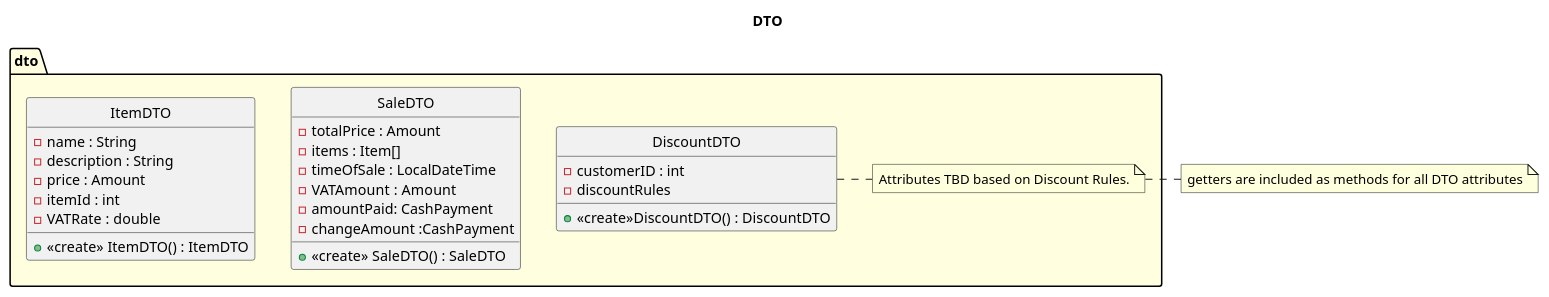
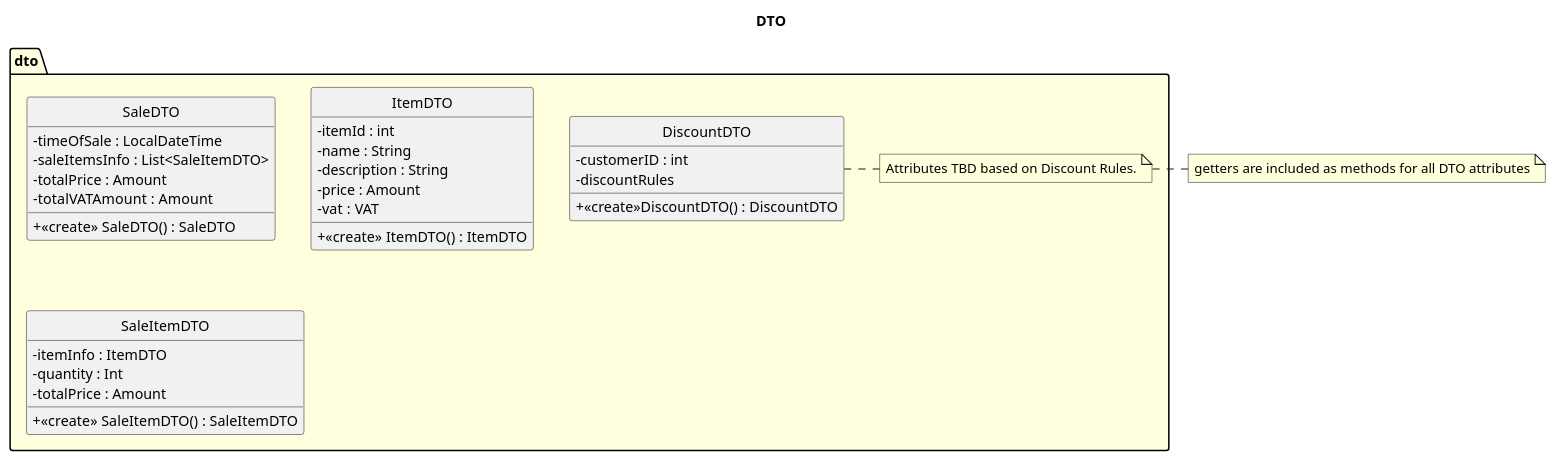
The second of 8 diagrams in uml/uml_v3.puml (VincentFerrigan/kth-iv1350-object-oriented-design), drawn with PlantUML before and after one commit.

Commit message:
Updating DTOs

```diff
--- a/uml/uml_v3.puml
+++ b/uml/uml_v3.puml
@@ -132,37 +132,42 @@
 @startuml
 title DTO
+' //TODO Ska vi ha en customerDTO och customerDb?
 hide circle
+skinparam ClassAttributeIconSize 0
 skinparam linetype ortho
 skinparam package {
     BackgroundColor LightYellow
 }
     package dto {
         class SaleDTO{
-            -totalPrice : Amount
-            -items : Item[]
-            -timeOfSale : LocalDateTime
-            -VATAmount : Amount
-            ' Ska dessa finnas med och i sånnafall vilken datatyp?
-            -amountPaid: CashPayment
-            -changeAmount :CashPayment
-            +<<create>> SaleDTO() : SaleDTO
+            - timeOfSale : LocalDateTime
+            - saleItemsInfo : List<SaleItemDTO>
+            - totalPrice : Amount
+            - totalVATAmount : Amount
+            + <<create>> SaleDTO() : SaleDTO
         }
         class ItemDTO{
-            -name : String
-            -description : String
-            -price : Amount
-            -itemId : int
-            -VATRate : double
+            - itemId : int
+            - name : String
+            - description : String
+            - price : Amount
+            - vat : VAT
             +<<create>> ItemDTO() : ItemDTO
         }
+        class SaleItemDTO{
+            - itemInfo : ItemDTO
+            - quantity : Int
+            - totalPrice : Amount
+            + <<create>> SaleItemDTO() : SaleItemDTO
+        }
         class DiscountDTO{
+'            //TODO STÄMMER EJ
+'            // TODO ska discount finnas med i SaleDTO?
             -customerID : int
             -discountRules
-'            -peronalDiscount : Amount
-'            -dailyItemDiscount : Amount
             +<<create>>DiscountDTO() : DiscountDTO
         }
         note right : Attributes TBD based on Discount Rules.
     }
 note left : getters are included as methods for all DTO attributes
 @enduml
```
